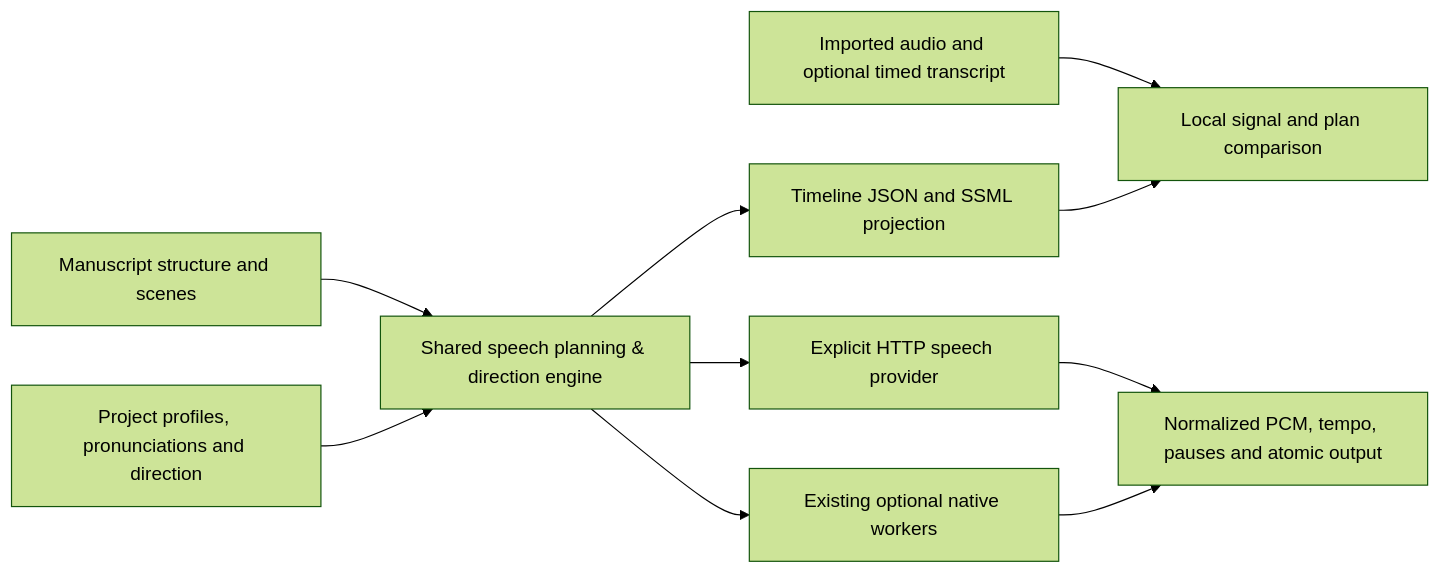
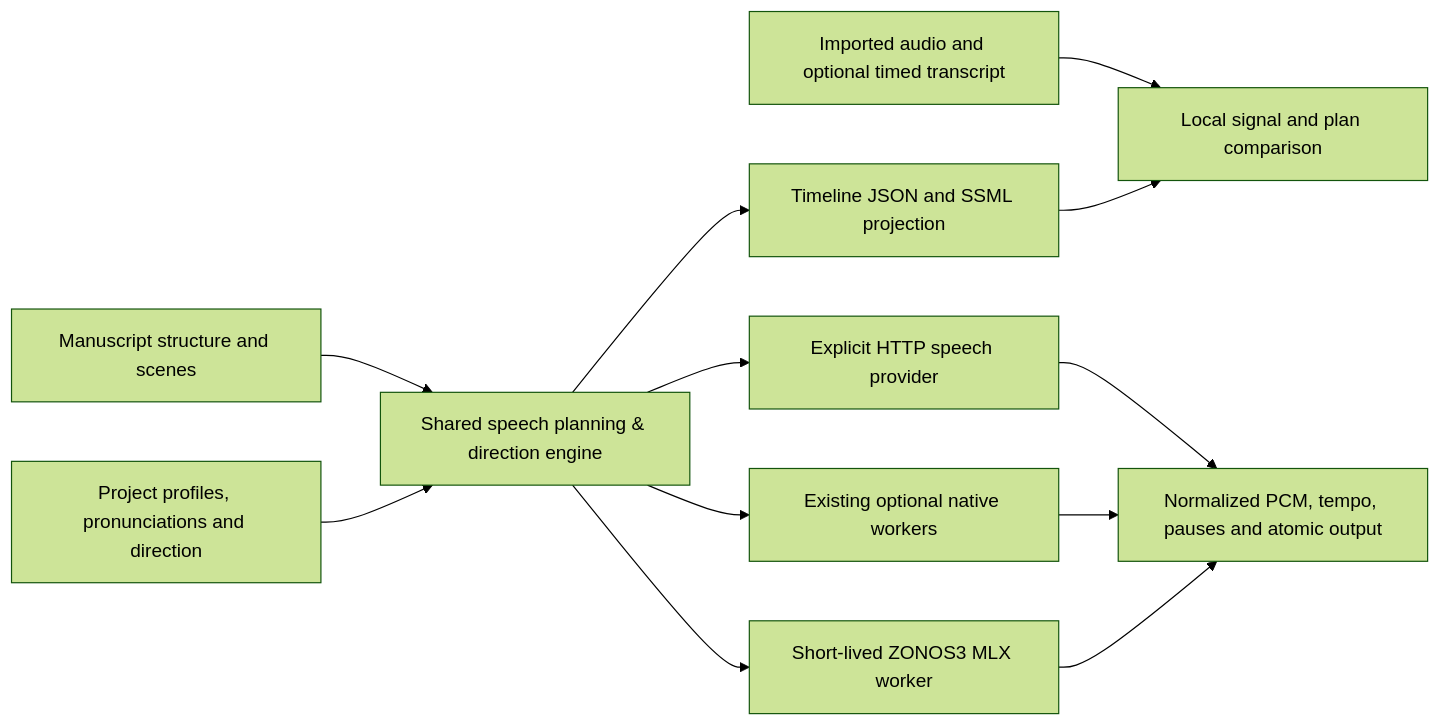
Before and after one commit to mfahsold/lixity: the second of 2 diagrams in docs/ARCHITECTURE.md, drawn with Mermaid (forest theme). The commit also changed other lines of this file and 26 other files, not shown here.

````diff
--- a/docs/ARCHITECTURE.md
+++ b/docs/ARCHITECTURE.md
@@ -1450,12 +1450,14 @@
 ```mermaid
 flowchart LR
     Manuscript[Manuscript structure and scenes] --> Planner[Shared speech planning & direction engine]
     Project[Project profiles, pronunciations and direction] --> Planner
     Planner --> Export[Timeline JSON and SSML projection]
     Planner --> Provider[Explicit HTTP speech provider]
     Planner --> Native[Existing optional native workers]
+    Planner --> MLX[Short-lived ZONOS3 MLX worker]
     Provider --> Output[Normalized PCM, tempo, pauses and atomic output]
     Native --> Output
+    MLX --> Output
     Audio[Imported audio and optional timed transcript] --> Quality[Local signal and plan comparison]
     Export --> Quality
 ```
````
